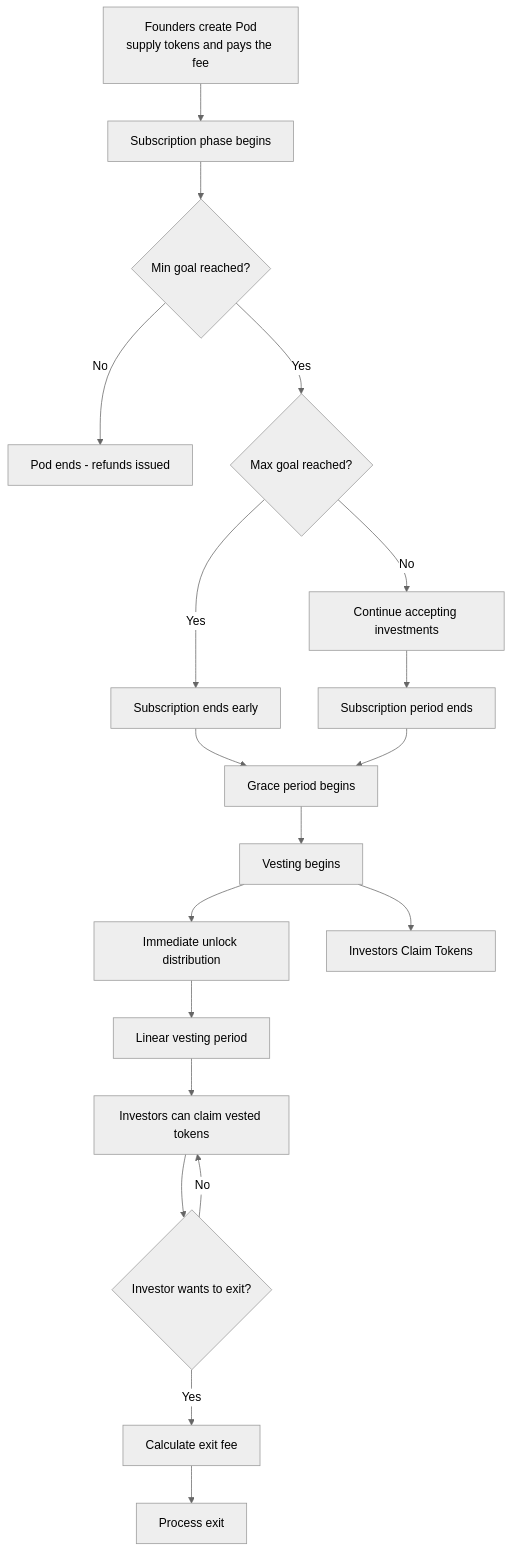
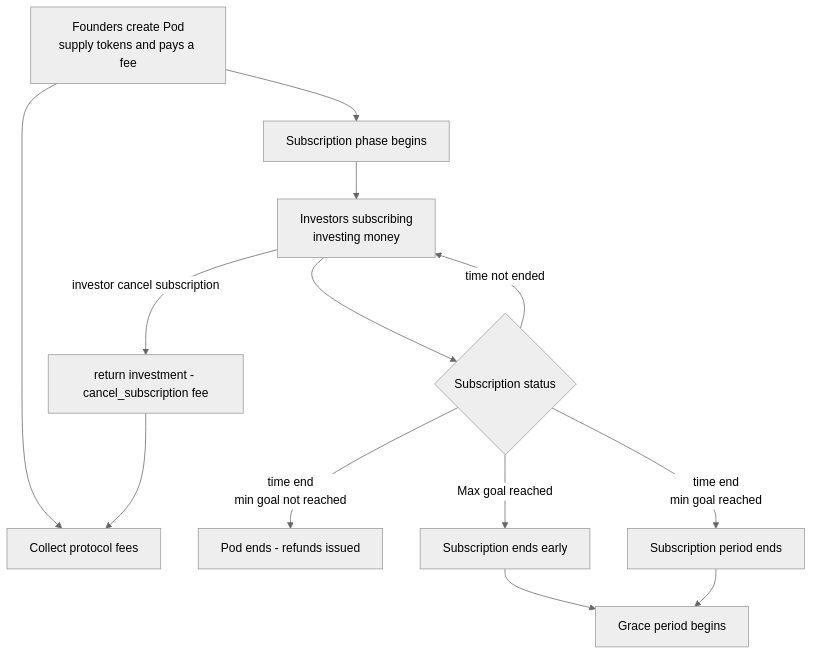
One commit to gonative-cc/credible changed the first of 3 diagrams in README.md. Above: the diagram before and after it, drawn with Mermaid (neutral theme). The commit also changed other lines of this file, not shown here.

Commit message:
docs: update the flow charts

````diff
--- a/README.md
+++ b/README.md
@@ -56,21 +58,15 @@
 ```mermaid
 graph TD
-     A[Founders create Pod<br>supply tokens and pays the fee] --> C[Subscription phase begins]
-     C --> D{Min goal reached?}
-     D -->|No| E[Pod ends - refunds issued]
-     D -->|Yes| F{Max goal reached?}
-     F -->|No| G[Continue accepting investments]
-     F -->|Yes| H[Subscription ends early]
-     G --> I[Subscription period ends]
-     H --> J[Grace period begins]
-     I --> J
-     J --> K[Vesting begins]
-     K --> L[Immediate unlock distribution]
-     L --> M[Linear vesting period]
-     M --> N[Investors can claim vested tokens]
-     N --> O{Investor wants to exit?}
-     O -->|Yes| P[Calculate exit fee]
-     P --> Q[Process exit]
-     O -->|No| N
-     K --> R[Investors Claim Tokens]
+     A[Founders create Pod<br>supply tokens and pays a fee] --> C[Subscription phase begins]
+     A --> B[Collect protocol fees]
+     C --> D1[Investors subscribing<br>investing money]
+     D1 --> D2{Subscription status}
+     D2 -->|time end<br>min goal not reached| E[Pod ends - refunds issued]
+     D2 -->|Max goal reached| H1[Subscription ends early]
+     D2 -->|time end<br>min goal reached| H2[Subscription period ends]
+     D2 -->|time not ended| D1
+     D1 --> |investor cancel subscription| F[return investment - cancel_subscription fee]
+     F --> B
+     H1 --> J[Grace period begins]
+     H2 --> J
 ```
````
